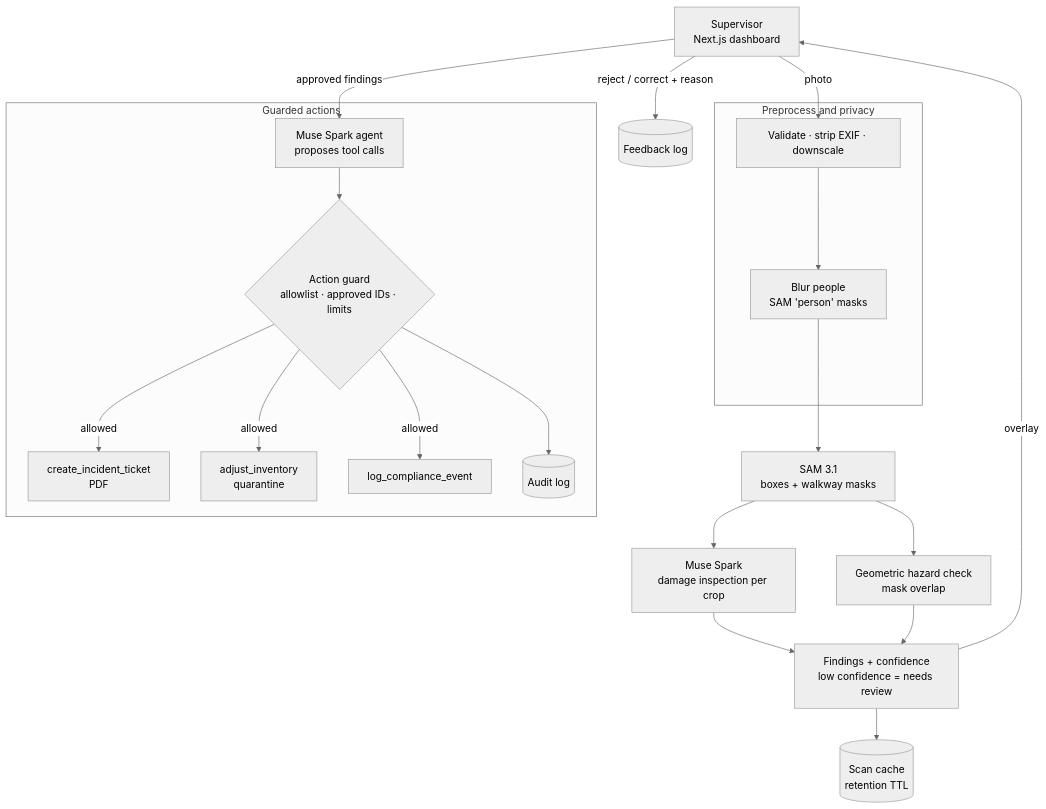
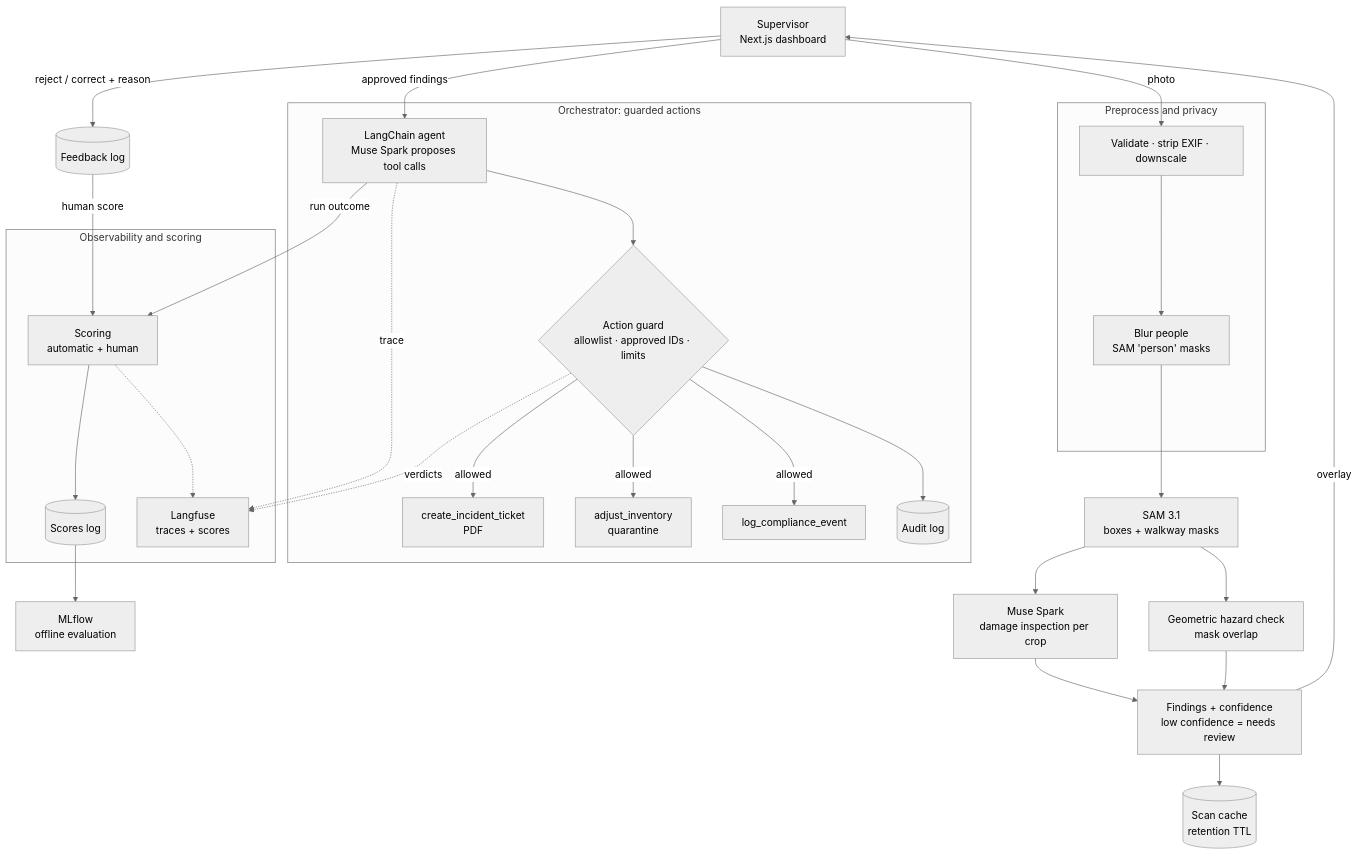
One commit to sagar-das01/AIsleEye changed the diagram in README.md. Above: the diagram before and after it, drawn with Mermaid (neutral theme). The commit also changed other lines of this file, not shown here.

First line of the commit message:
docs: add LangChain agent, Langfuse tracing, scoring and MLflow evaluation

````diff
--- a/README.md
+++ b/README.md
@@ -59,27 +62,39 @@
 ```mermaid
 flowchart TD
   U["Supervisor<br/>Next.js dashboard"]
 
   subgraph PREP ["Preprocess and privacy"]
     PRE["Validate · strip EXIF · downscale"] --> BLUR["Blur people<br/>SAM 'person' masks"]
   end
 
-  subgraph ACT ["Guarded actions"]
-    AG["Muse Spark agent<br/>proposes tool calls"] --> GUARD{"Action guard<br/>allowlist · approved IDs · limits"}
+  subgraph ACT ["Orchestrator: guarded actions"]
+    AG["LangChain agent<br/>Muse Spark proposes tool calls"] --> GUARD{"Action guard<br/>allowlist · approved IDs · limits"}
     GUARD -->|allowed| T1["create_incident_ticket<br/>PDF"]
     GUARD -->|allowed| T2["adjust_inventory<br/>quarantine"]
     GUARD -->|allowed| T3["log_compliance_event"]
     GUARD --> AUD[("Audit log")]
   end
+
+  subgraph OBS ["Observability and scoring"]
+    SCORE["Scoring<br/>automatic + human"] --> SCORES[("Scores log")]
+    SCORE -.-> LF["Langfuse<br/>traces + scores"]
+  end
+
+  MLF["MLflow<br/>offline evaluation"]
 
   U -->|photo| PRE
   BLUR --> SEG["SAM 3.1<br/>boxes + walkway masks"]
   SEG --> VLM["Muse Spark<br/>damage inspection per crop"]
   SEG --> HZ["Geometric hazard check<br/>mask overlap"]
   VLM --> F["Findings + confidence<br/>low confidence = needs review"]
   HZ --> F
   F --> CACHE[("Scan cache<br/>retention TTL")]
   F -->|overlay| U
   U -->|"reject / correct + reason"| FB[("Feedback log")]
   U -->|approved findings| AG
+  FB -->|human score| SCORE
+  AG -->|run outcome| SCORE
+  AG -.->|trace| LF
+  GUARD -.->|verdicts| LF
+  SCORES --> MLF
 ```
````
